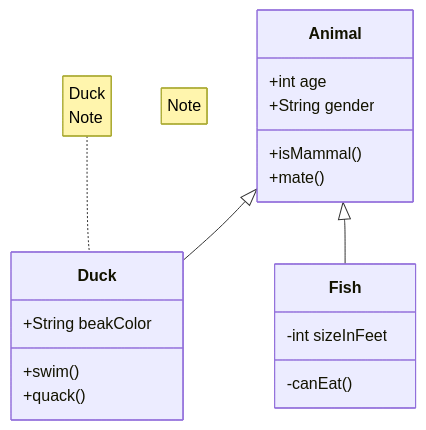
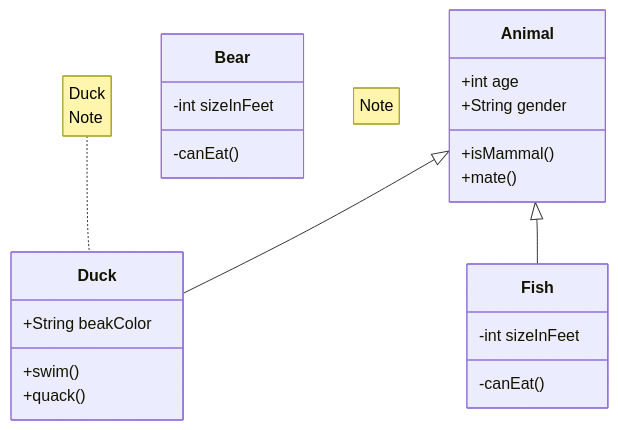
One commit to csmith2001/smith-docs changed the fourth of 4 diagrams in docs/getting-started/mermaid/index.md. Above: the diagram before and after it, drawn with Mermaid. The commit also changed 15 other files, not shown here.

````diff
--- a/docs/getting-started/mermaid/index.md
+++ b/docs/getting-started/mermaid/index.md
@@ -161,20 +161,24 @@
 ```mermaid
 classDiagram
     note "Note"
     Animal <|-- Duck
     note for Duck "Duck<br>Note"
     Animal <|-- Fish
     Animal : +int age
     Animal : +String gender
     Animal: +isMammal()
     Animal: +mate()
     class Duck{
       +String beakColor
       +swim()
       +quack()
     }
     class Fish{
         -int sizeInFeet
         -canEat()
     }
+    class Bear{
+        -int sizeInFeet
+        -canEat()
+    }
 ```
````
